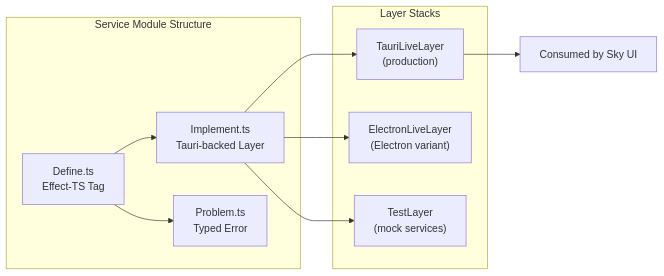
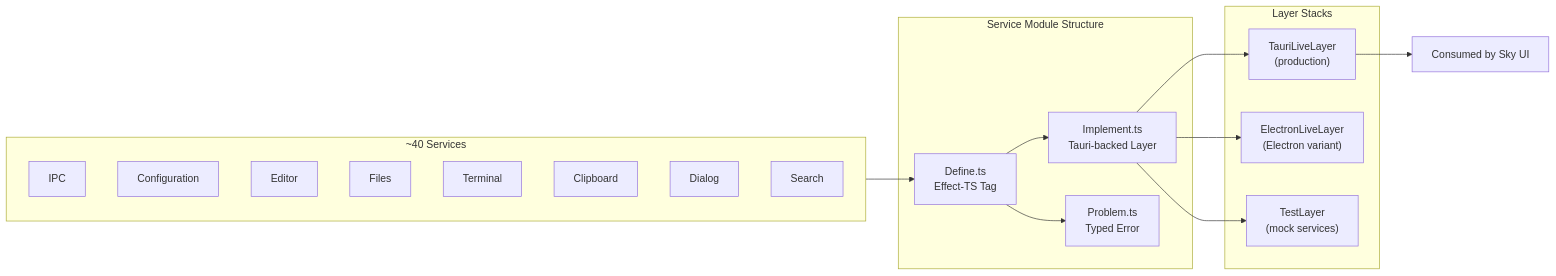
The third of 6 diagrams in Source/Content/doc/architecture.md (CodeEditorLand/Site), drawn with Mermaid before and after one commit. The commit also changed other lines of this file and 68 other files, not shown here.

````diff
--- a/Source/Content/doc/architecture.md
+++ b/Source/Content/doc/architecture.md
@@ -194,21 +219,33 @@
 ```mermaid
 graph LR
     subgraph Service["Service Module Structure"]
         Define[Define.ts<br/>Effect-TS Tag]
         Implement[Implement.ts<br/>Tauri-backed Layer]
         Problem[Problem.ts<br/>Typed Error]
         Define --> Implement
         Define --> Problem
     end
 
     subgraph Layers["Layer Stacks"]
         TauriLive["TauriLiveLayer<br/>(production)"]
         ElectronLive["ElectronLiveLayer<br/>(Electron variant)"]
         TestLayer["TestLayer<br/>(mock services)"]
     end
 
+    subgraph Services["~40 Services"]
+        IPC["IPC"]
+        Config["Configuration"]
+        Editor["Editor"]
+        Files["Files"]
+        Terminal["Terminal"]
+        Clip["Clipboard"]
+        Dialog["Dialog"]
+        Srch["Search"]
+    end
+
+    Services --> Define
     Implement --> TauriLive
     Implement --> ElectronLive
     Implement --> TestLayer
     TauriLive --> Sky[Consumed by Sky UI]
 ```
````
